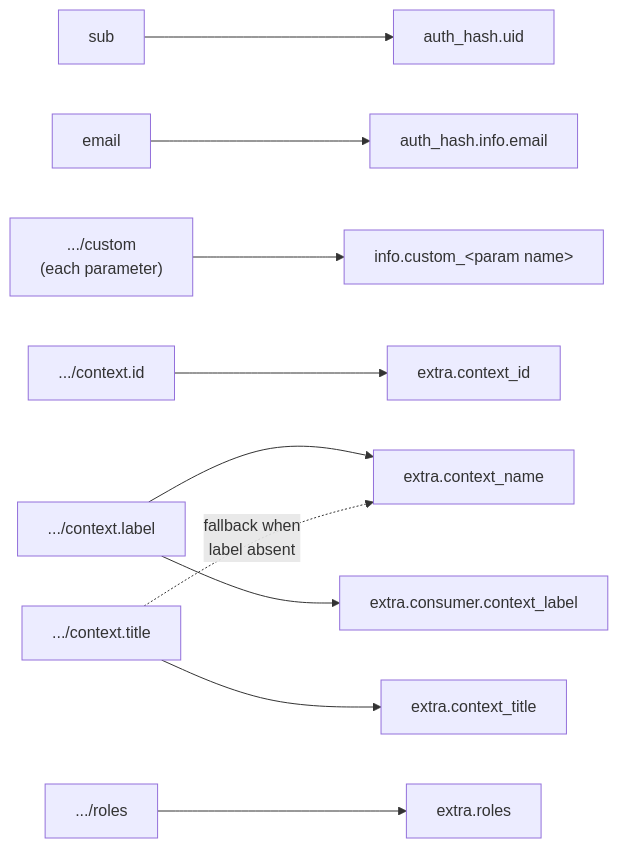
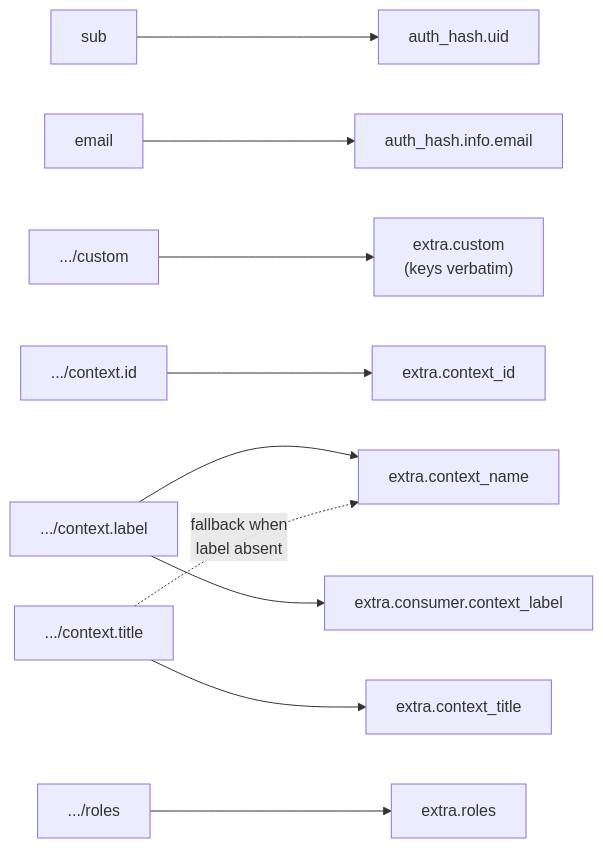
Before and after one commit to mohideen/omniauth-lti13: the second of 2 diagrams in docs/authentication-flow.md, drawn with Mermaid. The commit also changed other lines of this file and 3 other files, not shown here.

First line of the commit message:
Expose custom claim parameters as extra.custom, keys verbatim

````diff
--- a/docs/authentication-flow.md
+++ b/docs/authentication-flow.md
@@ -141,12 +141,12 @@
 ```mermaid
 flowchart LR
     sub["sub"] --> uid["auth_hash.uid"]
     email["email"] --> infoEmail["auth_hash.info.email"]
-    custom[".../custom<br/>(each parameter)"] --> infoCustom["info.custom_&lt;param name&gt;"]
+    custom[".../custom"] --> extraCustom["extra.custom<br/>(keys verbatim)"]
     ctxId[".../context.id"] --> ctxIdOut["extra.context_id"]
     label[".../context.label"] --> name["extra.context_name"]
     title[".../context.title"] -.->|fallback when<br/>label absent| name
     label --> consumer["extra.consumer.context_label"]
     title --> ctxTitle["extra.context_title"]
     roles[".../roles"] --> rolesOut["extra.roles"]
 ```
````
